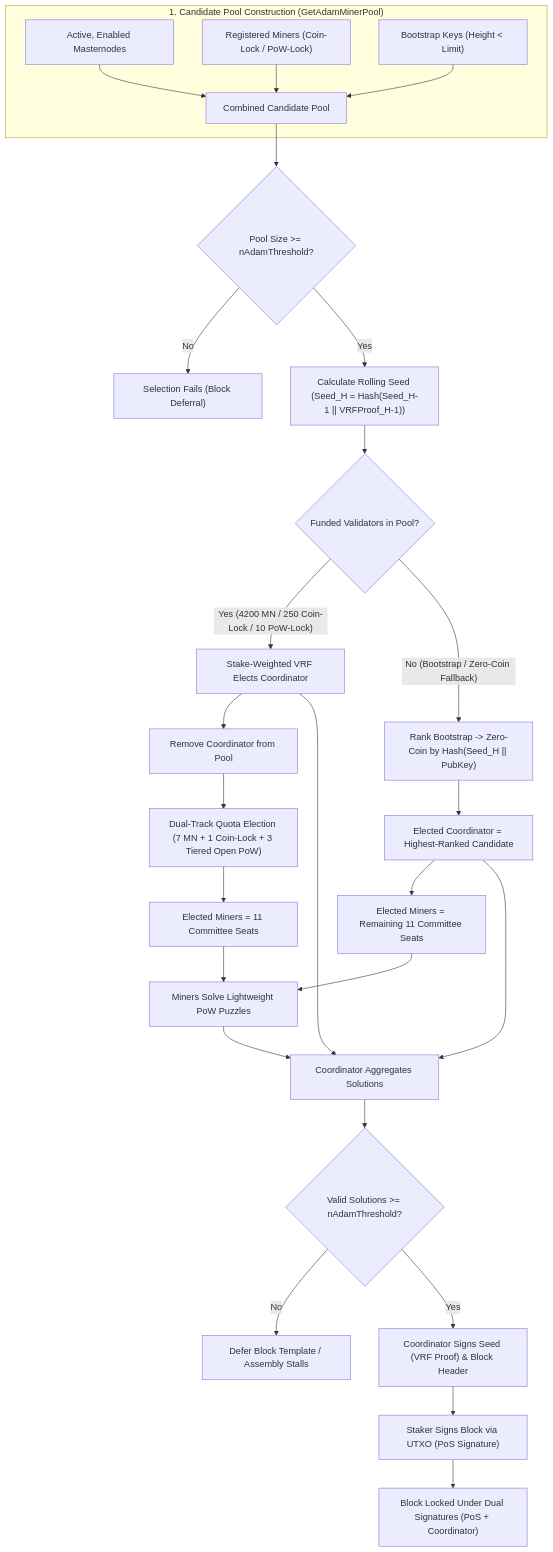
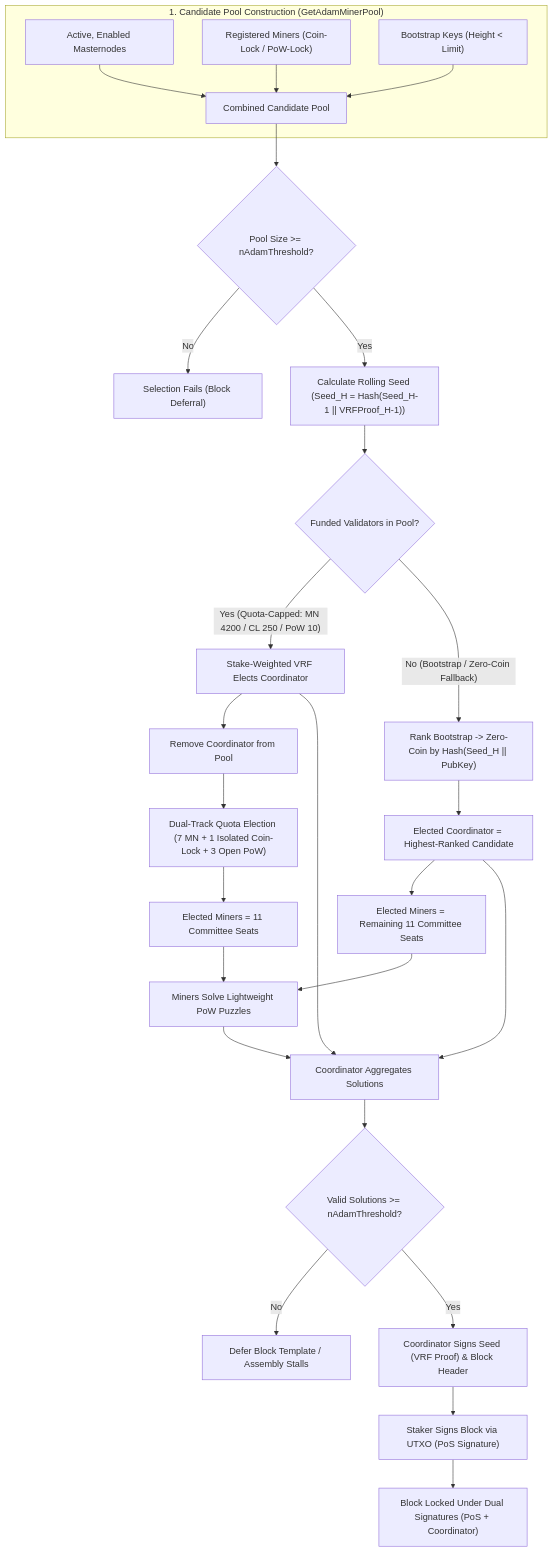
The diagram in doc/A Decentralized Approach Model (ADAM).md (bedri/KristaTech-KRISTA), drawn with Mermaid before and after one commit. The commit also changed other lines of this file and 43 other files, not shown here.

Commit message:
v1.5.6.0: strict 1-seat Coin-Lock isolation, registration rate/wallet guards, quota-capped Coordinator VRF, LLMQ <5 MN preservation & PoB UTXO-splitting invariance (proto 70982)

````diff
--- a/doc/A Decentralized Approach Model (ADAM).md
+++ b/doc/A Decentralized Approach Model (ADAM).md
@@ -168,43 +168,43 @@
 ```mermaid
 graph TD
     %% Pool Construction
     subgraph Pool_Construction ["1. Candidate Pool Construction (GetAdamMinerPool)"]
         A1["Active, Enabled Masternodes"] --> A4["Combined Candidate Pool"]
         A2["Registered Miners (Coin-Lock / PoW-Lock)"] --> A4
         A3["Bootstrap Keys (Height < Limit)"] --> A4
     end
 
     %% Validation & Seed Calculation
     A4 --> B{"Pool Size >= nAdamThreshold?"}
     B -- "No" --> C["Selection Fails (Block Deferral)"]
     B -- "Yes" --> D["Calculate Rolling Seed (Seed_H = Hash(Seed_H-1 || VRFProof_H-1))"]
 
     %% Election Rules
     D --> E{"Funded Validators in Pool?"}
     
     %% Funded Stake-Weighted VRF
-    E -- "Yes (4200 MN / 250 Coin-Lock / 10 PoW-Lock)" --> F1["Stake-Weighted VRF Elects Coordinator"]
+    E -- "Yes (Quota-Capped: MN 4200 / CL 250 / PoW 10)" --> F1["Stake-Weighted VRF Elects Coordinator"]
     F1 --> F3["Remove Coordinator from Pool"]
-    F3 --> F4["Dual-Track Quota Election (7 MN + 1 Coin-Lock + 3 Tiered Open PoW)"]
+    F3 --> F4["Dual-Track Quota Election (7 MN + 1 Isolated Coin-Lock + 3 Open PoW)"]
     F4 --> F5["Elected Miners = 11 Committee Seats"]
     
     %% Bootstrap / Zero-Coin Fallback
     E -- "No (Bootstrap / Zero-Coin Fallback)" --> G1["Rank Bootstrap -> Zero-Coin by Hash(Seed_H || PubKey)"]
     G1 --> G3["Elected Coordinator = Highest-Ranked Candidate"]
     G3 --> G2["Elected Miners = Remaining 11 Committee Seats"]
 
     %% Execution Phase
     F5 --> H["Miners Solve Lightweight PoW Puzzles"]
     G2 --> H
     
     H --> I["Coordinator Aggregates Solutions"]
     F1 --> I
     G3 --> I
     
     I --> J{"Valid Solutions >= nAdamThreshold?"}
     J -- "No" --> K["Defer Block Template / Assembly Stalls"]
     
     J -- "Yes" --> L["Coordinator Signs Seed (VRF Proof) & Block Header"]
     L --> M["Staker Signs Block via UTXO (PoS Signature)"]
     M --> N["Block Locked Under Dual Signatures (PoS + Coordinator)"]
 ```
````
